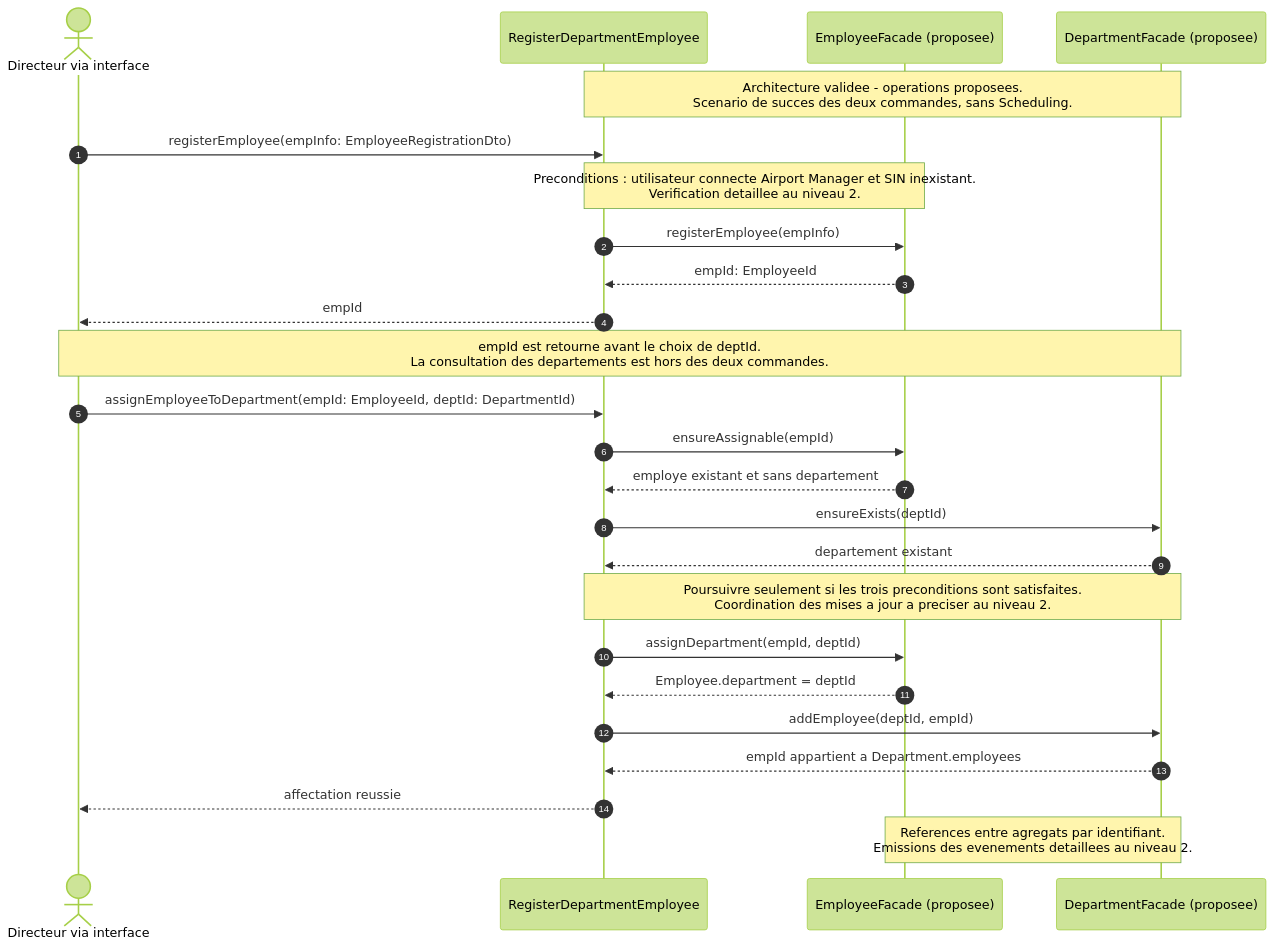
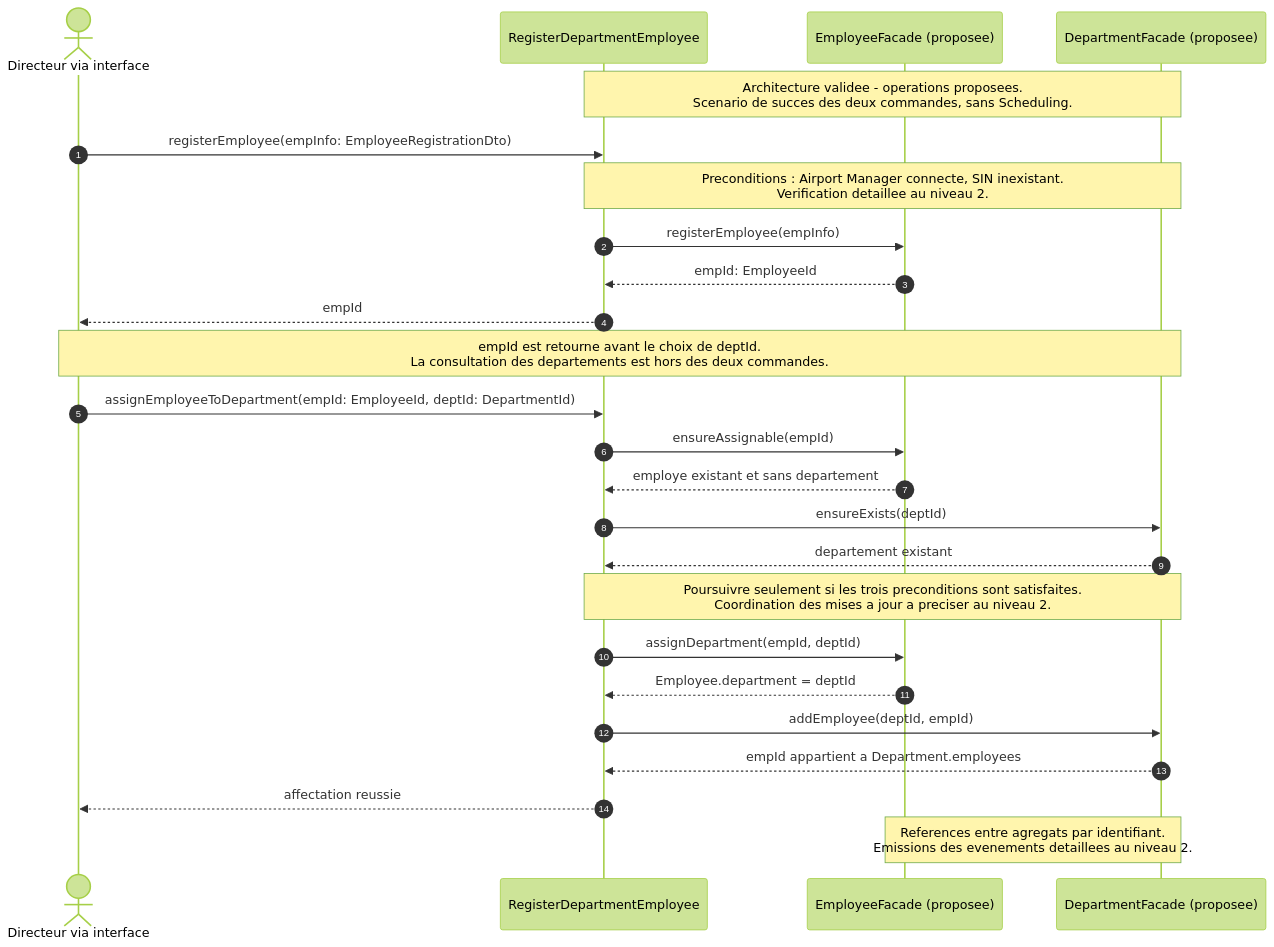
The diagram in q1-level1.mmd (Bradleyh212/seg3502-devoir2-diagrams), drawn with Mermaid (forest theme) before and after one commit. The commit also changed 1 other file, not shown here.

Commit message:
Update section 1.1 from supplied Mermaid link

```diff
--- a/q1-level1.mmd
+++ b/q1-level1.mmd
@@ -1,27 +1,27 @@
 sequenceDiagram
     autonumber
     actor Client as Directeur via interface
     participant App as RegisterDepartmentEmployee
     participant EF as EmployeeFacade (proposee)
     participant DF as DepartmentFacade (proposee)
 
     Note over App,DF: Architecture validee - operations proposees.<br/>Scenario de succes des deux commandes, sans Scheduling.
     Client->>App: registerEmployee(empInfo: EmployeeRegistrationDto)
-    Note over App,EF: Preconditions : utilisateur connecte Airport Manager et SIN inexistant.<br/>Verification detaillee au niveau 2.
+    Note over App,DF: Preconditions : Airport Manager connecte, SIN inexistant.<br/>Verification detaillee au niveau 2.
     App->>EF: registerEmployee(empInfo)
     EF-->>App: empId: EmployeeId
     App-->>Client: empId
     Note over Client,DF: empId est retourne avant le choix de deptId.<br/>La consultation des departements est hors des deux commandes.
 
     Client->>App: assignEmployeeToDepartment(empId: EmployeeId, deptId: DepartmentId)
     App->>EF: ensureAssignable(empId)
     EF-->>App: employe existant et sans departement
     App->>DF: ensureExists(deptId)
     DF-->>App: departement existant
     Note over App,DF: Poursuivre seulement si les trois preconditions sont satisfaites.<br/>Coordination des mises a jour a preciser au niveau 2.
     App->>EF: assignDepartment(empId, deptId)
     EF-->>App: Employee.department = deptId
     App->>DF: addEmployee(deptId, empId)
     DF-->>App: empId appartient a Department.employees
     App-->>Client: affectation reussie
     Note over EF,DF: References entre agregats par identifiant.<br/>Emissions des evenements detaillees au niveau 2.
```
